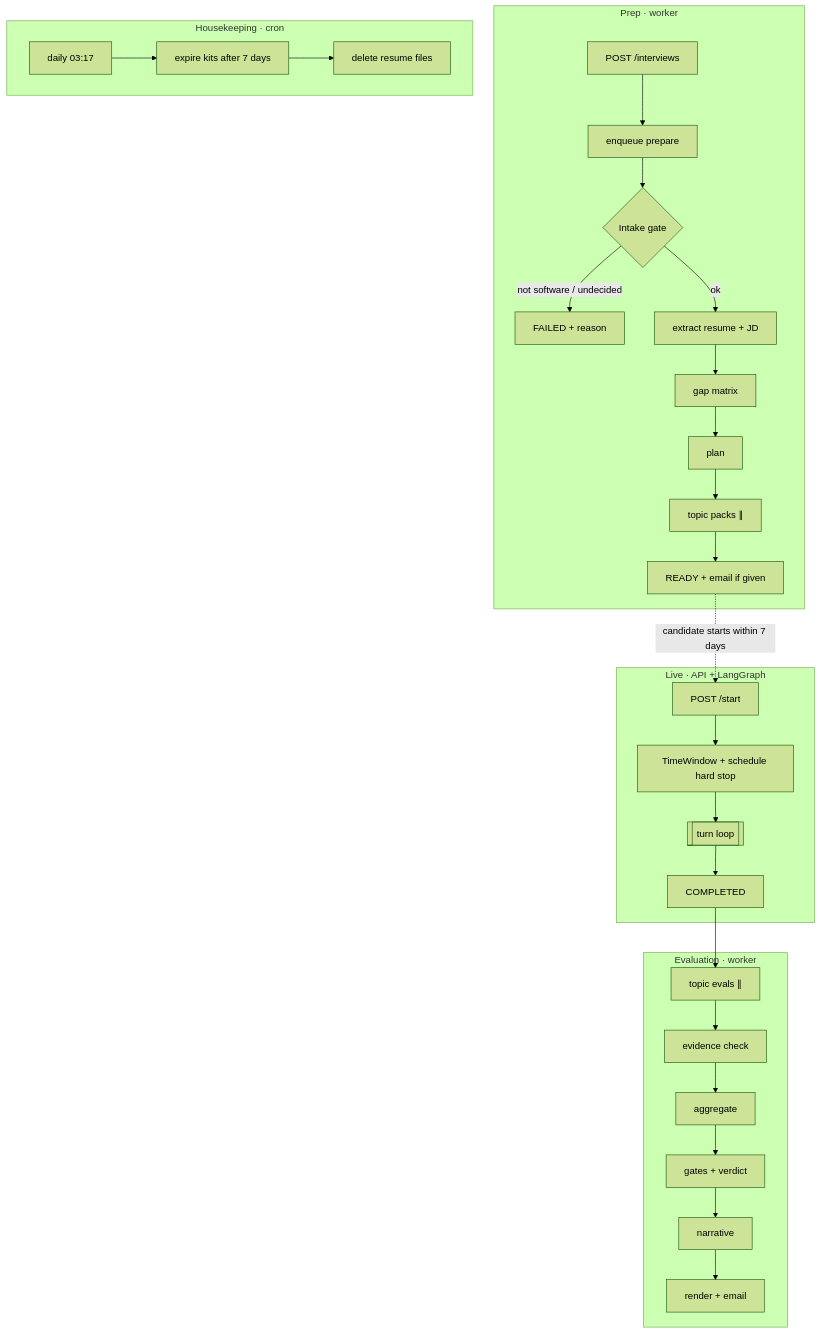
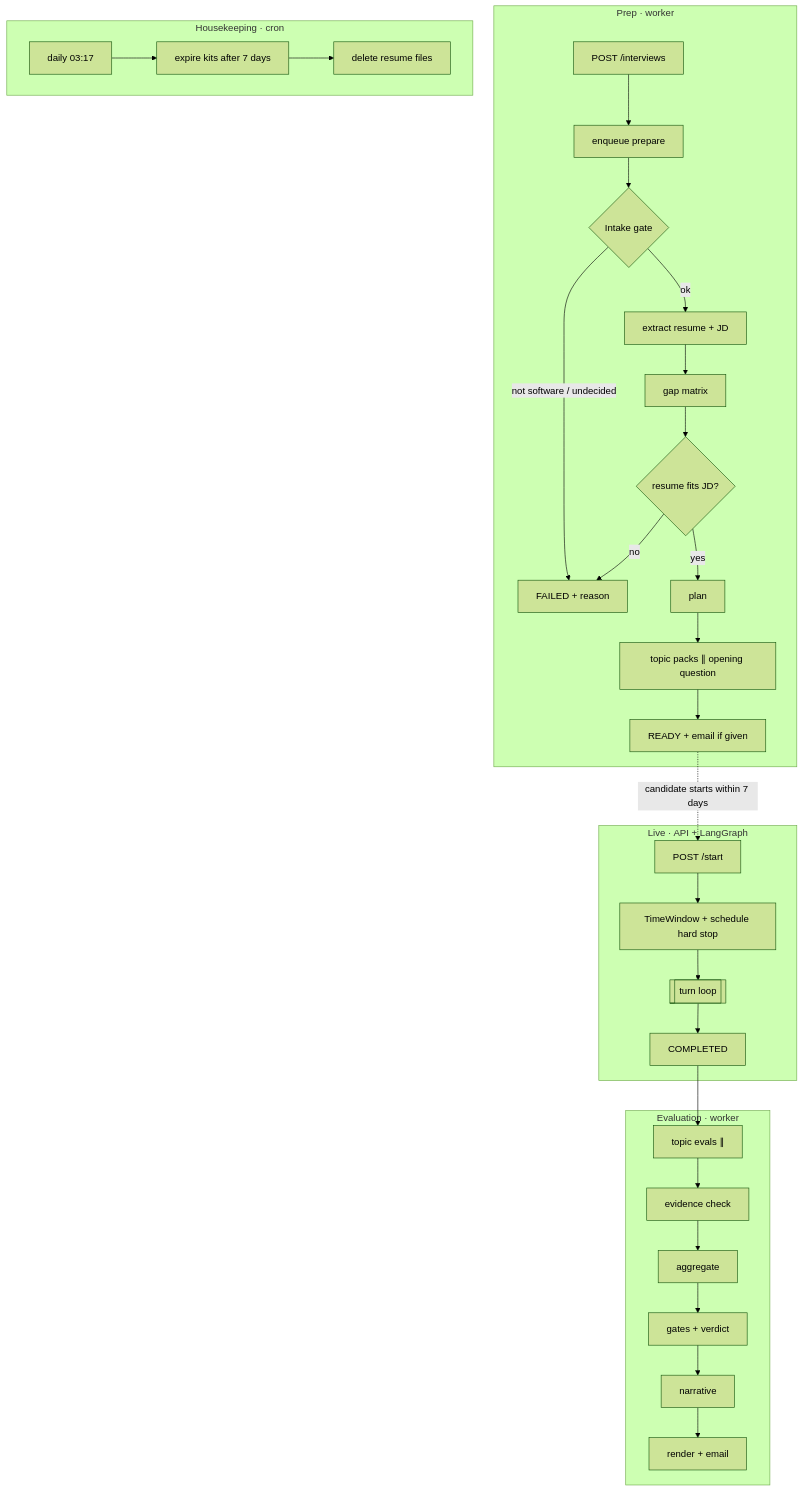
One commit to sshubham07/qualifai changed the fifth of 6 diagrams in docs/deep-dive.md. Above: the diagram before and after it, drawn with Mermaid (forest theme). The commit also changed other lines of this file and 39 other files, not shown here.

First line of the commit message:
resume-JD match check, opening question, live prep progress

````diff
--- a/docs/deep-dive.md
+++ b/docs/deep-dive.md
@@ -274,19 +275,21 @@
 ```mermaid
 flowchart TB
   subgraph W1["Prep · worker"]
     a1[POST /interviews] --> a4[enqueue prepare] --> a2{Intake gate}
     a2 -- not software / undecided --> a3[FAILED + reason]
-    a2 -- ok --> a5[extract resume + JD] --> a6[gap matrix] --> a7[plan] --> a8[topic packs ∥] --> a9[READY + email if given]
+    a2 -- ok --> a5[extract resume + JD] --> a6[gap matrix] --> m{resume fits JD?}
+    m -- no --> a3
+    m -- yes --> a7[plan] --> a8[topic packs ∥ opening question] --> a9[READY + email if given]
   end
   subgraph W2["Live · API + LangGraph"]
     b1[POST /start] --> b2[TimeWindow + schedule hard stop] --> b3[[turn loop]] --> b4[COMPLETED]
   end
   subgraph W3["Evaluation · worker"]
     c1[topic evals ∥] --> c2[evidence check] --> c3[aggregate] --> c4[gates + verdict] --> c5[narrative] --> c6[render + email]
   end
   subgraph W4["Housekeeping · cron"]
     d1[daily 03:17] --> d2[expire kits after 7 days] --> d3[delete resume files]
   end
   a9 -. candidate starts within 7 days .-> b1
   b4 --> c1
 ```
````
